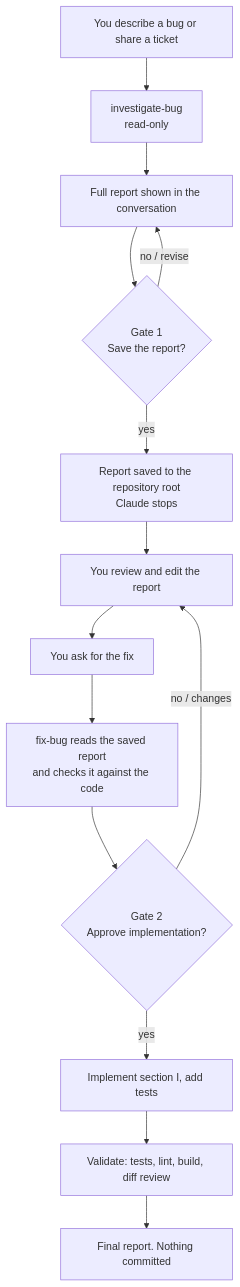
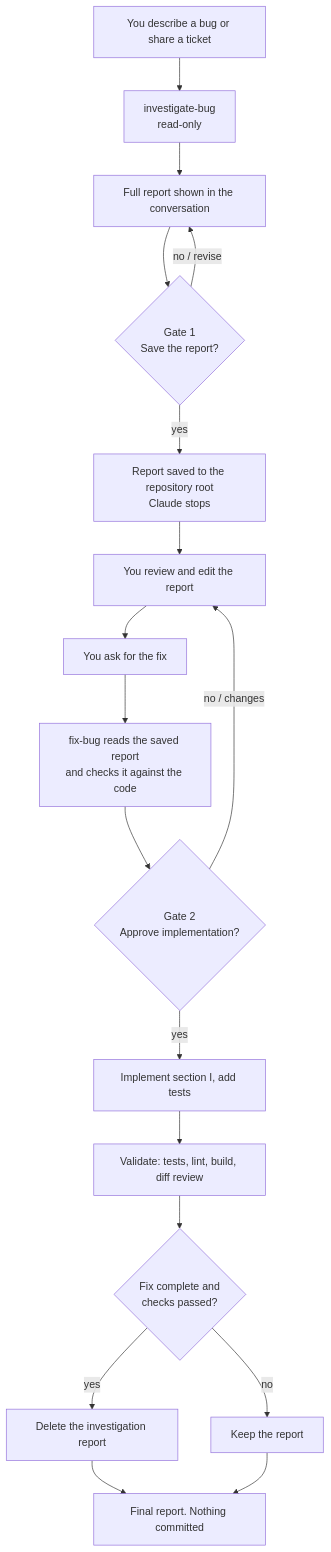
The diagram in README.md (sakib-shadman/bug-workflow), drawn with Mermaid before and after one commit. The commit also changed other lines of this file and 16 other files, not shown here.

````diff
--- a/README.md
+++ b/README.md
@@ -22,16 +22,20 @@
 ```mermaid
 flowchart TD
     A[You describe a bug or share a ticket] --> B[investigate-bug<br/>read-only]
     B --> C[Full report shown in the conversation]
     C --> D{Gate 1<br/>Save the report?}
     D -- no / revise --> C
     D -- yes --> E[Report saved to the repository root<br/>Claude stops]
     E --> F[You review and edit the report]
     F --> G[You ask for the fix]
     G --> H[fix-bug reads the saved report<br/>and checks it against the code]
     H --> I{Gate 2<br/>Approve implementation?}
     I -- no / changes --> F
     I -- yes --> J[Implement section I, add tests]
     J --> K[Validate: tests, lint, build, diff review]
-    K --> L[Final report. Nothing committed]
+    K --> M{Fix complete and<br/>checks passed?}
+    M -- yes --> N[Delete the investigation report]
+    M -- no --> O[Keep the report]
+    N --> L[Final report. Nothing committed]
+    O --> L
 ```
````
